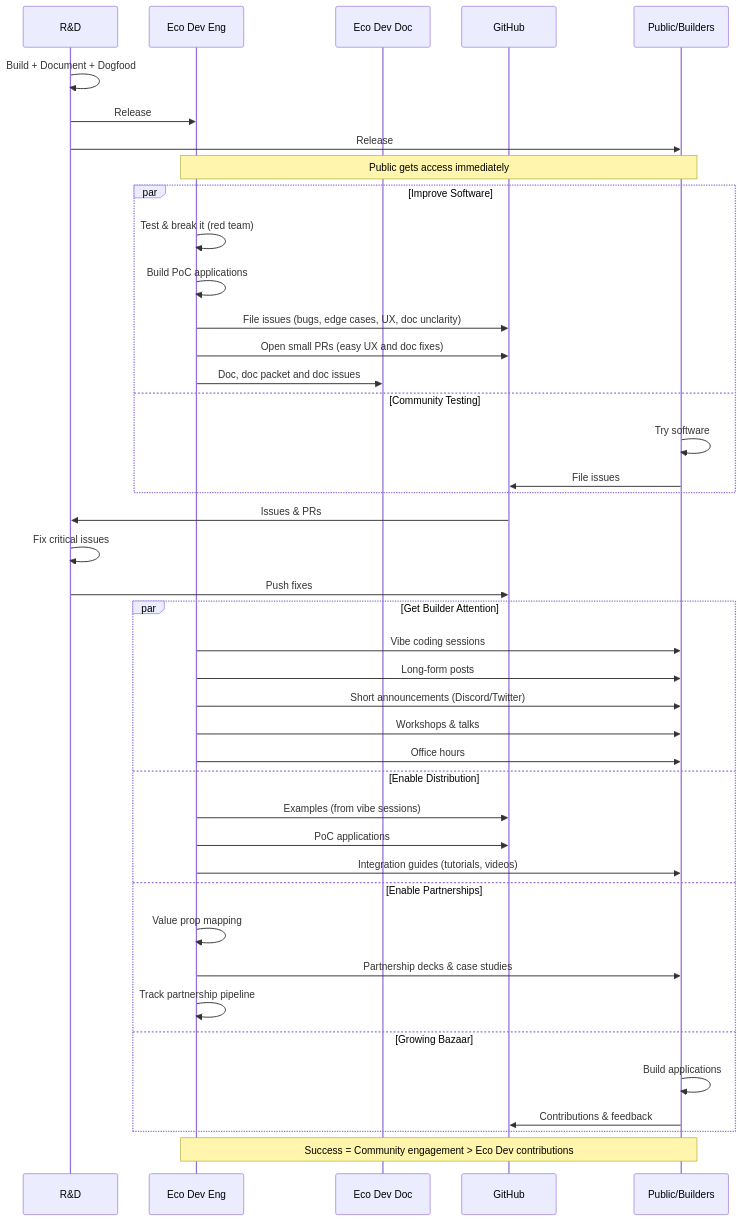
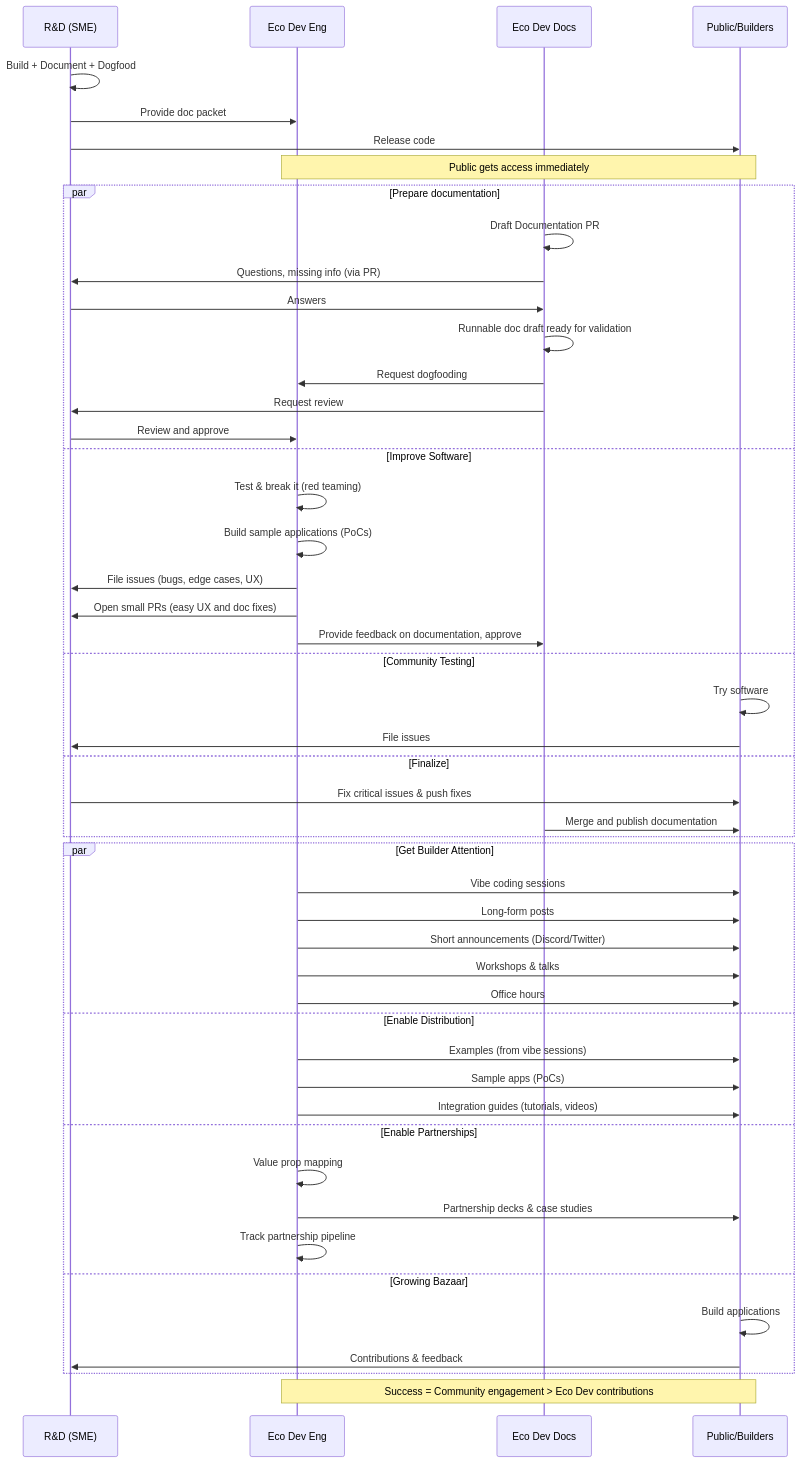
Before and after one commit to logos-co/ecosystem: the diagram in content/handoff.md, drawn with Mermaid. The commit also changed other lines of this file, not shown here.

Commit message:
Update based on docs feedback

````diff
--- a/content/handoff.md
+++ b/content/handoff.md
@@ -116,50 +122,56 @@
 ```mermaid
 sequenceDiagram
-    participant RD as R&D
+    participant RD as R&D (SME)
     participant EDE as Eco Dev Eng
-    participant EDD as Eco Dev Doc
-    participant GH as GitHub
+    participant EDD as Eco Dev Docs
     participant PUB as Public/Builders
 
     RD->>RD: Build + Document + Dogfood
-    RD->>EDE: Release
-    RD->>PUB: Release
+    RD->>EDE: Provide doc packet
+    RD->>PUB: Release code
 
     Note over EDE,PUB: Public gets access immediately
-
-    par Improve Software
-        EDE->>EDE: Test & break it (red team)
-        EDE->>EDE: Build PoC applications
-        EDE->>GH: File issues (bugs, edge cases, UX, doc unclarity)
-        EDE->>GH: Open small PRs (easy UX and doc fixes)
-        EDE->>EDD: Doc, doc packet and doc issues
+	
+	par Prepare documentation
+		EDD->>EDD: Draft Documentation PR
+		EDD->>RD: Questions, missing info (via PR)
+		RD->>EDD: Answers
+		EDD->>EDD: Runnable doc draft ready for validation
+		EDD->>EDE: Request dogfooding
+		EDD->>RD: Request review
+		RD->>EDE: Review and approve
+	and Improve Software
+        EDE->>EDE: Test & break it (red teaming)
+        EDE->>EDE: Build sample applications (PoCs)
+        EDE->>RD: File issues (bugs, edge cases, UX)
+        EDE->>RD: Open small PRs (easy UX and doc fixes)
+        EDE->>EDD: Provide feedback on documentation, approve
     and Community Testing
         PUB->>PUB: Try software
-        PUB->>GH: File issues
+        PUB->>RD: File issues
+    and Finalize
+		RD->>PUB: Fix critical issues & push fixes
+		EDD->>PUB: Merge and publish documentation
     end
-
-    GH->>RD: Issues & PRs
-    RD->>RD: Fix critical issues
-    RD->>GH: Push fixes
 
     par Get Builder Attention
         EDE->>PUB: Vibe coding sessions
         EDE->>PUB: Long-form posts
         EDE->>PUB: Short announcements (Discord/Twitter)
         EDE->>PUB: Workshops & talks
         EDE->>PUB: Office hours
     and Enable Distribution
-        EDE->>GH: Examples (from vibe sessions)
-        EDE->>GH: PoC applications
+        EDE->>PUB: Examples (from vibe sessions)
+        EDE->>PUB: Sample apps (PoCs)
         EDE->>PUB: Integration guides (tutorials, videos)
     and Enable Partnerships
         EDE->>EDE: Value prop mapping
         EDE->>PUB: Partnership decks & case studies
         EDE->>EDE: Track partnership pipeline
     and Growing Bazaar
         PUB->>PUB: Build applications
-        PUB->>GH: Contributions & feedback
+        PUB->>RD: Contributions & feedback
     end
 
     Note over EDE,PUB: Success = Community engagement > Eco Dev contributions
 ```
````
